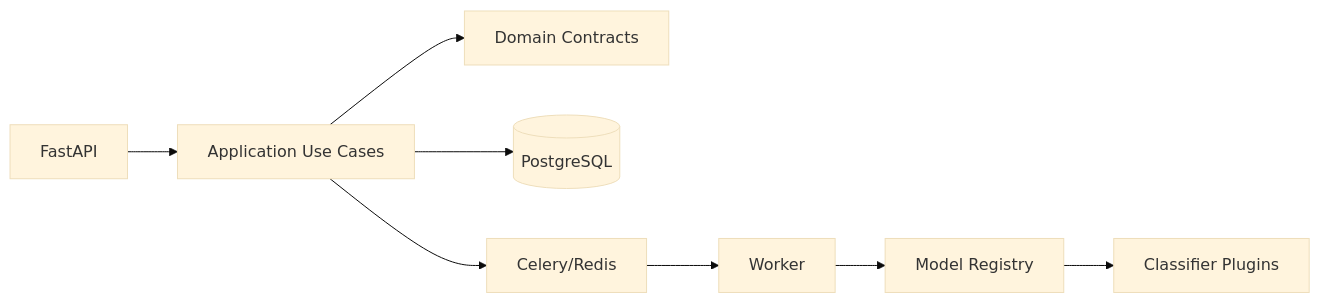
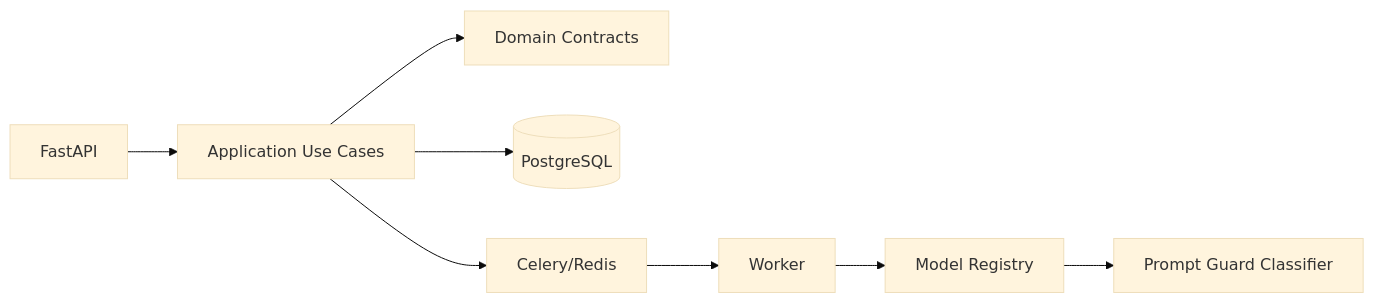
The diagram in docs/FINAL_ARCHITECTURE_REPORT.md (korsNaike/security-prompt-guard), drawn with Mermaid (base theme) before and after one commit. The commit also changed other lines of this file and 11 other files, not shown here.

````diff
--- a/docs/FINAL_ARCHITECTURE_REPORT.md
+++ b/docs/FINAL_ARCHITECTURE_REPORT.md
@@ -16,10 +22,10 @@
 ```mermaid
 flowchart LR
     API[FastAPI] --> UseCases[Application Use Cases]
     UseCases --> Domain[Domain Contracts]
     UseCases --> DB[(PostgreSQL)]
     UseCases --> Queue[Celery/Redis]
     Queue --> Worker[Worker]
     Worker --> Registry[Model Registry]
-    Registry --> Plugins[Classifier Plugins]
+    Registry --> PromptGuard[Prompt Guard Classifier]
 ```
````
